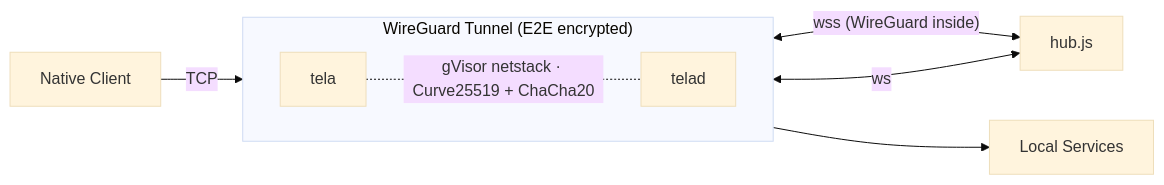
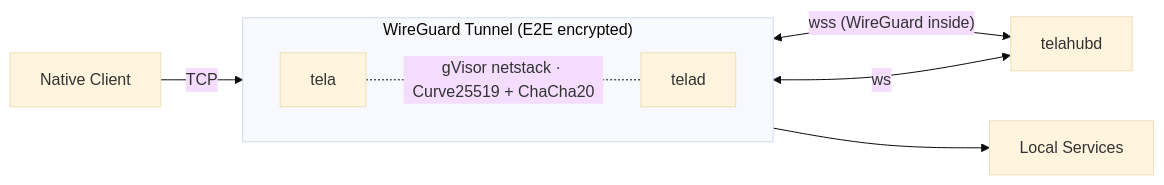
The diagram in README.md (paulmooreparks/tela), drawn with Mermaid (base theme) before and after one commit. The commit also changed other lines of this file and 14 other files, not shown here.

First line of the commit message:
Add telahubd Go hub, release workflow, docs overhaul

````diff
--- a/README.md
+++ b/README.md
@@ -5,18 +5,18 @@
 ```mermaid
 graph LR
     Client["Native Client"]
     Tela["tela"]
-    Hub["hub.js"]
+    Hub["telahubd"]
     Telad["telad"]
     Services["Local Services"]
 
     Client -->|TCP| Tela
     Tela <-->|"wss (WireGuard inside)"| Hub
     Hub <-->|ws| Telad
     Telad --> Services
 
     subgraph "WireGuard Tunnel (E2E encrypted)"
         direction LR
         Tela -.-|"gVisor netstack · Curve25519 + ChaCha20"| Telad
     end
 ```
````
